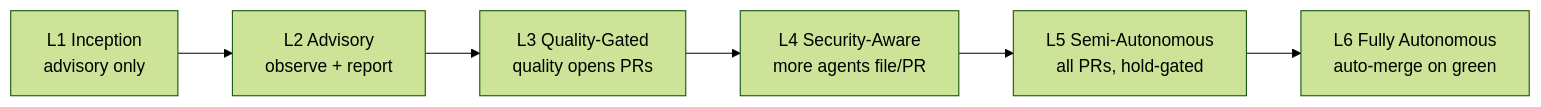
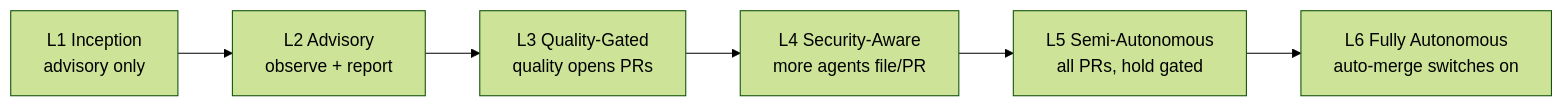
The sixth of 10 diagrams in docs/content/hive/architecture.md (hivecommons/docs), drawn with Mermaid (forest theme) before and after one commit. The commit also changed other lines of this file and 22 other files, not shown here.

````diff
--- a/docs/content/hive/architecture.md
+++ b/docs/content/hive/architecture.md
@@ -278,10 +291,10 @@
 ```mermaid
 flowchart LR
     L1["L1 Inception<br/>advisory only"]
     L2["L2 Advisory<br/>observe + report"]
     L3["L3 Quality-Gated<br/>quality opens PRs"]
     L4["L4 Security-Aware<br/>more agents file/PR"]
-    L5["L5 Semi-Autonomous<br/>all PRs, hold-gated"]
-    L6["L6 Fully Autonomous<br/>auto-merge on green"]
+    L5["L5 Semi-Autonomous<br/>all PRs, hold gated"]
+    L6["L6 Fully Autonomous<br/>auto-merge switches on"]
     L1 --> L2 --> L3 --> L4 --> L5 --> L6
 ```
````
